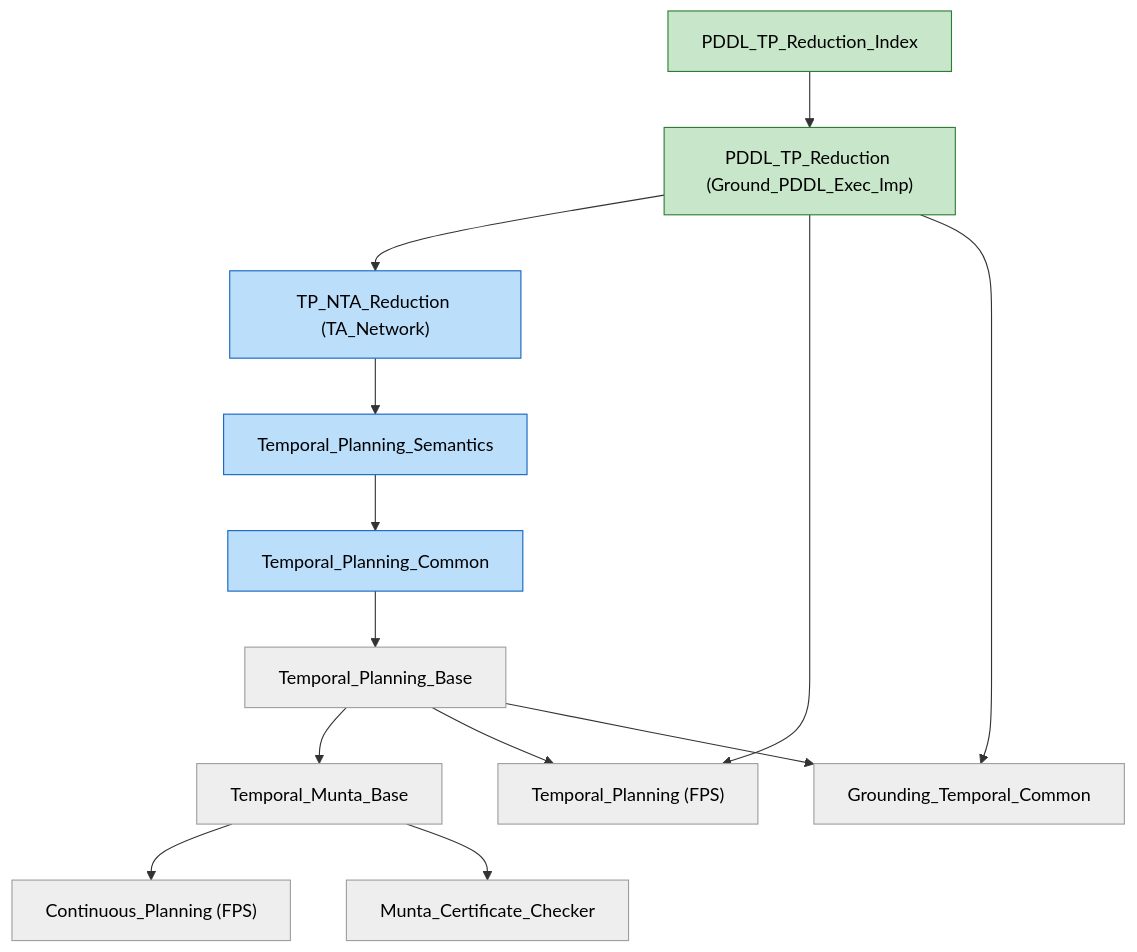
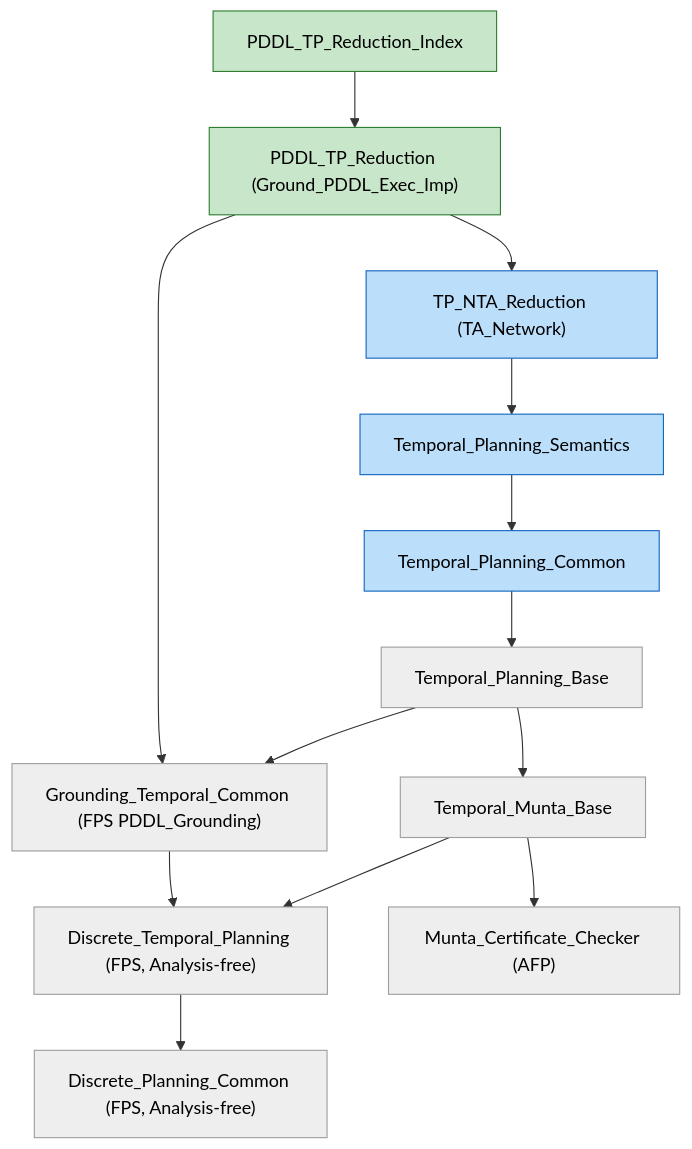
One commit to david-wang-0/temporal-planning-certification changed the diagram in ARCHITECTURE_dependencies.md. Above: the diagram before and after it, drawn with Mermaid. The commit also changed other lines of this file and 9 other files, not shown here.

First line of the commit message:
Re-base onto the Formal-PDDL-Semantics analysis-free split

````diff
--- a/ARCHITECTURE_dependencies.md
+++ b/ARCHITECTURE_dependencies.md
@@ -20,26 +20,25 @@
 ```mermaid
 graph TD
   IDX["PDDL_TP_Reduction_Index"]:::exec
   GPE["PDDL_TP_Reduction (Ground_PDDL_Exec_Imp)"]:::exec
   NTA["TP_NTA_Reduction (TA_Network)"]:::proof
   TPS["Temporal_Planning_Semantics"]:::proof
   TPC["Temporal_Planning_Common"]:::proof
   TPB["Temporal_Planning_Base"]:::ext
   TMB["Temporal_Munta_Base"]:::ext
-  CP["Continuous_Planning (FPS)"]:::ext
-  MCC["Munta_Certificate_Checker"]:::ext
-  TP["Temporal_Planning (FPS)"]:::ext
-  GTC["Grounding_Temporal_Common"]:::ext
+  DTP["Discrete_Temporal_Planning (FPS, Analysis-free)"]:::ext
+  DPC["Discrete_Planning_Common (FPS, Analysis-free)"]:::ext
+  MCC["Munta_Certificate_Checker (AFP)"]:::ext
+  GTC["Grounding_Temporal_Common (FPS PDDL_Grounding)"]:::ext
 
   IDX --> GPE --> NTA --> TPS --> TPC --> TPB --> TMB
-  GPE --> TP
   GPE --> GTC
-  TPB --> TP
   TPB --> GTC
-  TMB --> CP
+  GTC --> DTP
+  TMB --> DTP --> DPC
   TMB --> MCC
 
   classDef exec fill:#c8e6c9,stroke:#2e7d32,color:#000;
   classDef proof fill:#bbdefb,stroke:#1565c0,color:#000;
   classDef ext fill:#eeeeee,stroke:#9e9e9e,color:#000;
 ```
````
